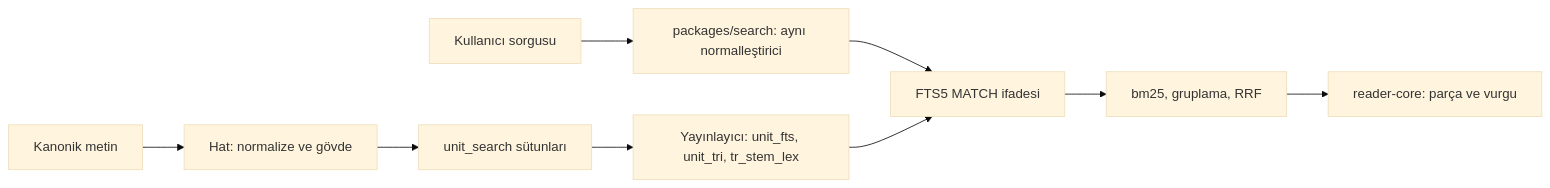
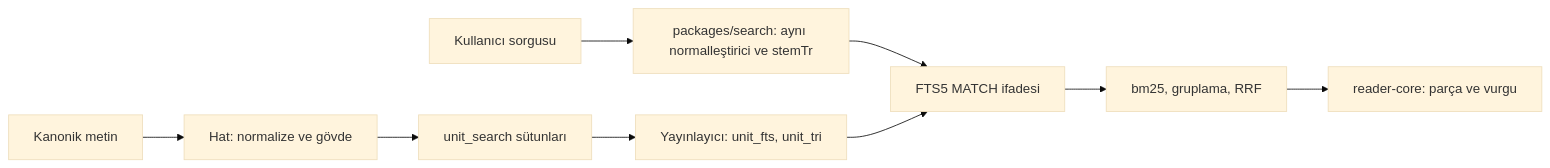
Before and after one commit to karasaid379-hue/mutalaa: the diagram in docs/03-veri/05-arama-fts5.md, drawn with Mermaid (base theme). The commit also changed other lines of this file and 9 other files, not shown here.

Commit message:
docs(docs): record K-44 for the search index and pack schema

````diff
--- a/docs/03-veri/05-arama-fts5.md
+++ b/docs/03-veri/05-arama-fts5.md
@@ -10,11 +10,11 @@
 ```mermaid
 flowchart LR
   A["Kanonik metin"] --> B["Hat: normalize ve gövde"]
   B --> C["unit_search sütunları"]
-  C --> D["Yayınlayıcı: unit_fts, unit_tri, tr_stem_lex"]
-  Q["Kullanıcı sorgusu"] --> N["packages/search: aynı normalleştirici"]
+  C --> D["Yayınlayıcı: unit_fts, unit_tri"]
+  Q["Kullanıcı sorgusu"] --> N["packages/search: aynı normalleştirici ve stemTr"]
   N --> M["FTS5 MATCH ifadesi"]
   D --> M
   M --> R["bm25, gruplama, RRF"]
   R --> K["reader-core: parça ve vurgu"]
 ```
````
